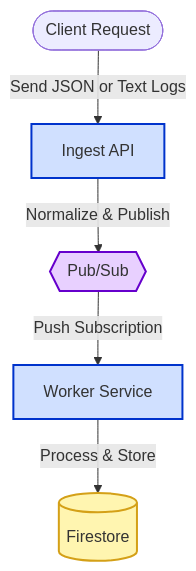
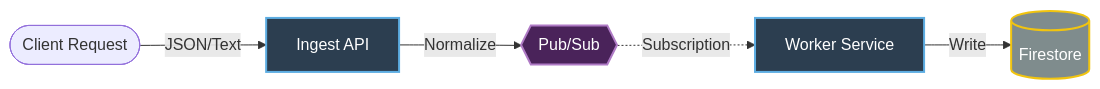
The diagram in README.md (RahulR30/memory-machines-backendtask), drawn with Mermaid before and after one commit.

````diff
--- a/README.md
+++ b/README.md
@@ -42,24 +42,24 @@
 ```mermaid
-flowchart TD
+flowchart LR
     %% Nodes
     Client([Client Request])
     API[Ingest API]
     PS{{Pub/Sub}}
     Worker[Worker Service]
     DB[(Firestore)]
 
     %% Flow
-    Client -->|Send JSON or Text Logs| API
-    API -->|Normalize & Publish| PS
-    PS -->|Push Subscription| Worker
-    Worker -->|Process & Store| DB
+    Client -->|JSON/Text| API
+    API -->|Normalize| PS
+    PS -.->|Subscription| Worker
+    Worker -->|Write| DB
 
-    %% Styling
-    classDef compute fill:#d0e0ff,stroke:#0033cc,stroke-width:2px;
-    classDef storage fill:#fff5b0,stroke:#d4a017,stroke-width:2px;
-    classDef queue fill:#e8d0ff,stroke:#6600cc,stroke-width:2px;
+    %% Styling - Dark Mode Optimized
+    classDef compute fill:#2c3e50,stroke:#5dade2,stroke-width:2px,color:white;
+    classDef storage fill:#7f8c8d,stroke:#f1c40f,stroke-width:2px,color:white;
+    classDef queue fill:#4a235a,stroke:#af7ac5,stroke-width:2px,color:white;
 
     class API,Worker compute;
     class DB storage;
     class PS queue;
 ```
````
